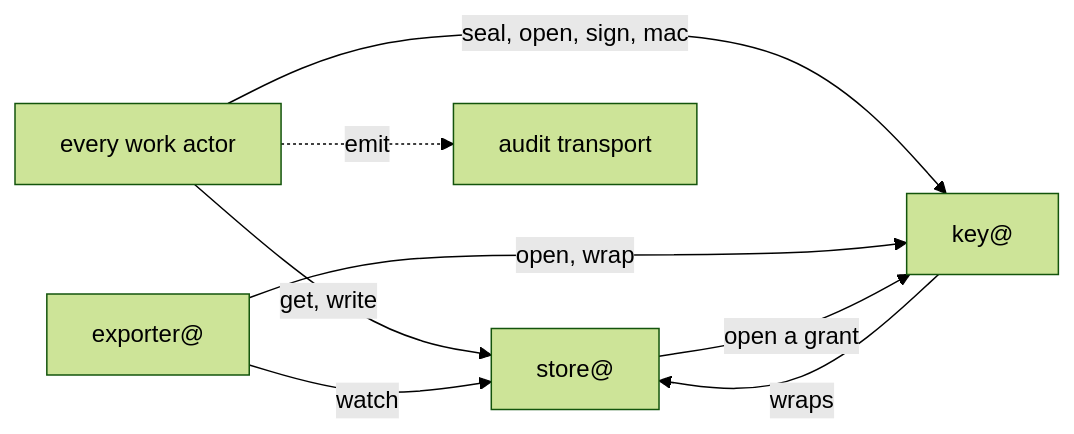
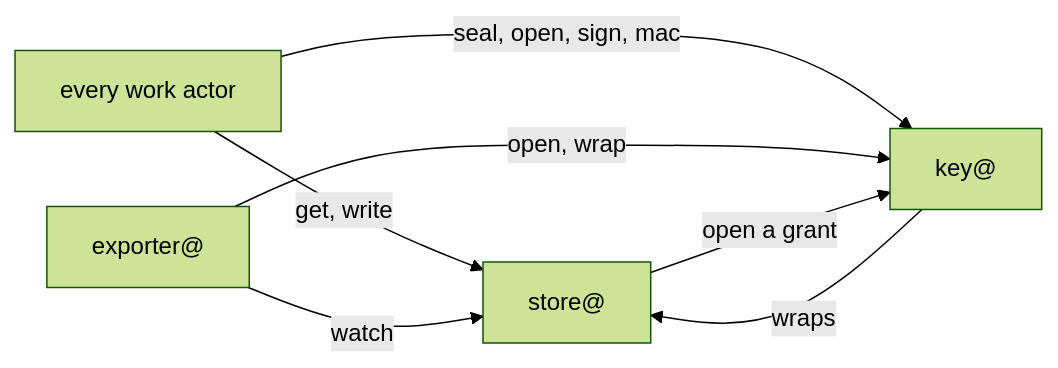
Before and after one commit to truvity/sluis: the fourth of 4 diagrams in docs/architecture/components.md, drawn with Mermaid (forest theme). The commit also changed other lines of this file and 154 other files, not shown here.

````diff
--- a/docs/architecture/components.md
+++ b/docs/architecture/components.md
@@ -221,10 +135,9 @@
 ```mermaid
 flowchart LR
   work["every work actor"] -->|"get, write"| store["store@"]
   work -->|"seal, open, sign, mac"| key["key@"]
-  work -.->|"emit"| tr["audit transport"]
   exp["exporter@"] -->|"watch"| store
   exp -->|"open, wrap"| key
   store -->|"open a grant"| key
   key -->|"wraps"| store
 ```
````
